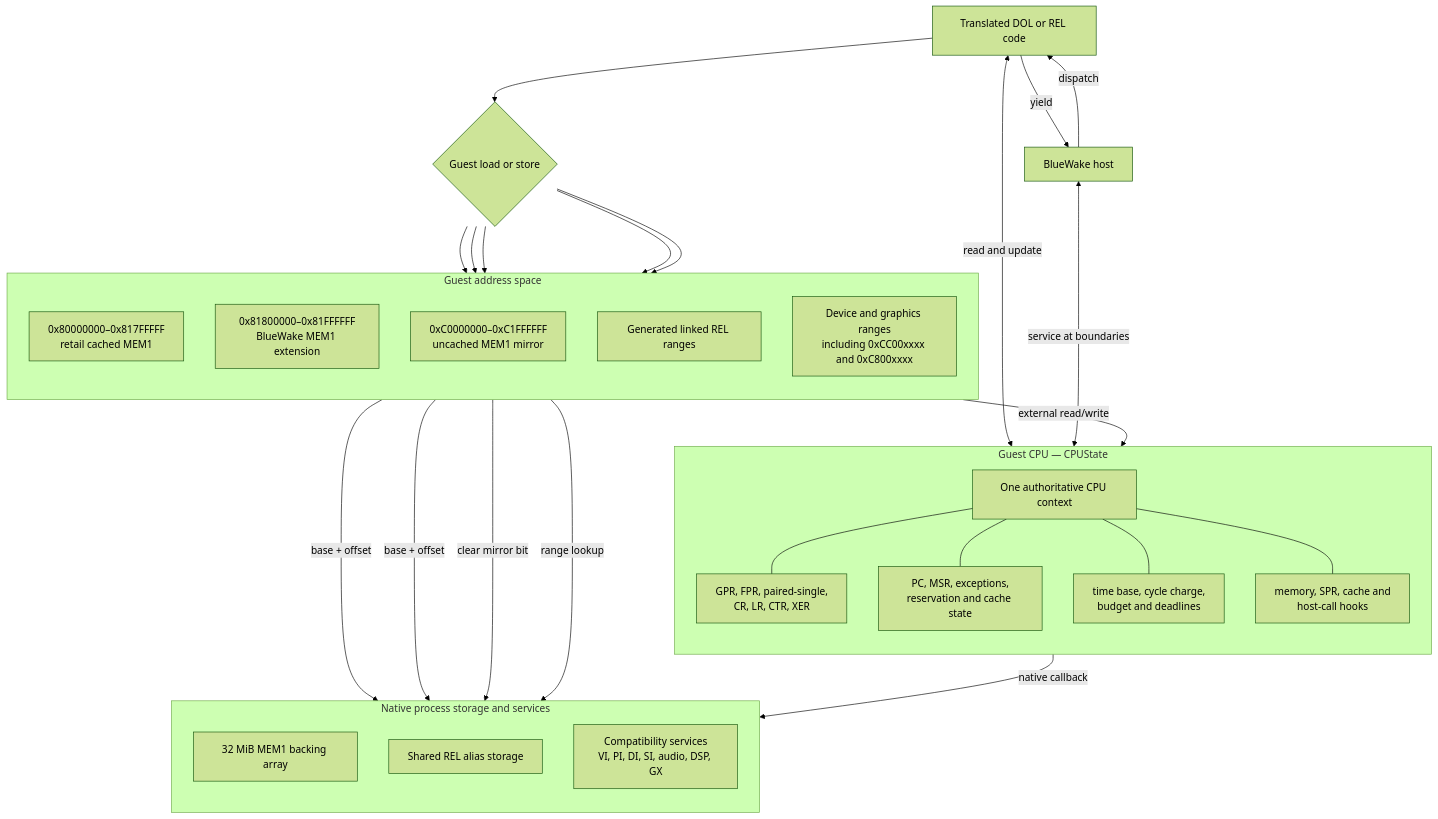
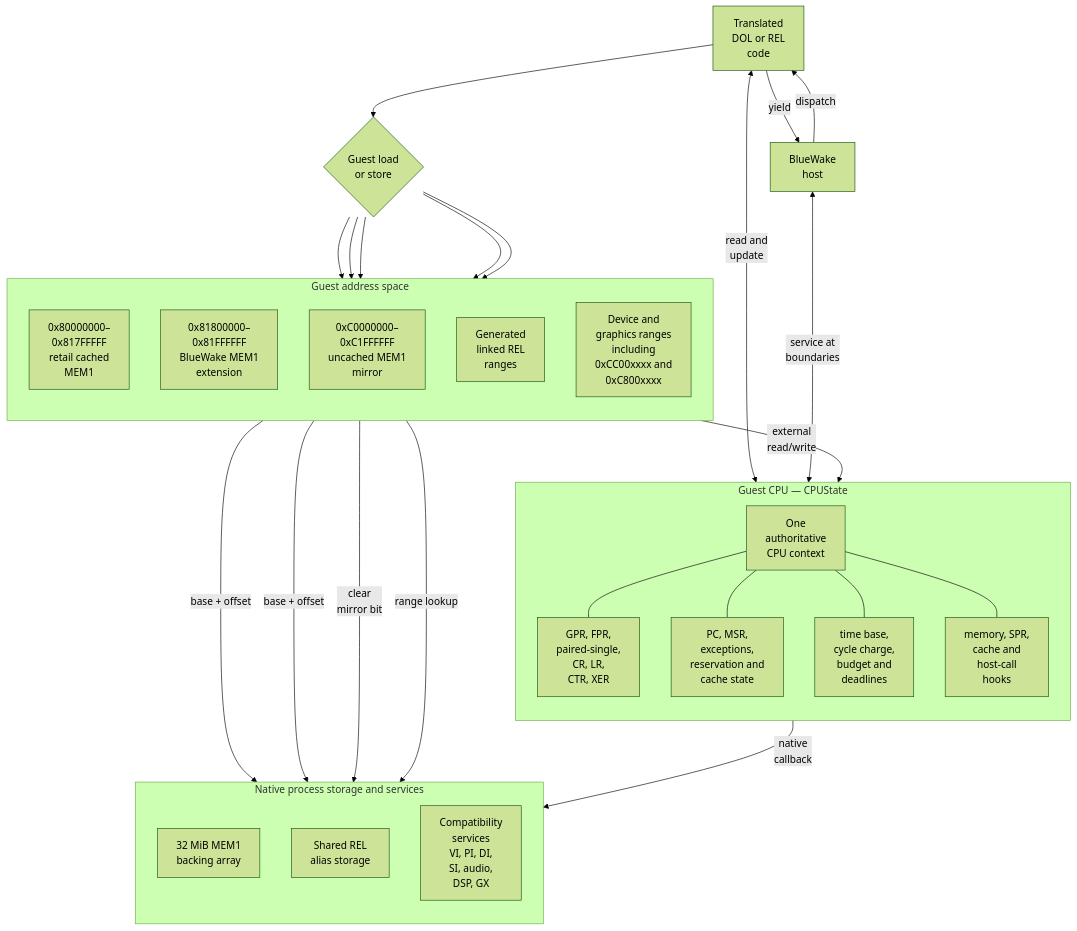
The first of 5 diagrams in docs/architecture/runtime/GuestState.md (Aelbannan/boat_of_daphnes), drawn with Mermaid (forest theme) before and after one commit. The commit also changed other lines of this file, not shown here.

Commit message:
docs: wrap all guest-state diagram labels

````diff
--- a/docs/architecture/runtime/GuestState.md
+++ b/docs/architecture/runtime/GuestState.md
@@ -38,43 +38,84 @@
 ```mermaid
 flowchart TD
-    Code["Translated DOL or REL code"]
-    Host["BlueWake host"]
+    Code["`Translated
+DOL or REL
+code`"]
+    Host["`BlueWake
+host`"]
 
     subgraph CPU["Guest CPU — CPUState"]
         direction TB
-        State["One authoritative CPU context"]
-        Registers["`GPR, FPR, paired-single,<br/>CR, LR, CTR, XER`"]
-        Control["`PC, MSR, exceptions,<br/>reservation and cache state`"]
-        Time["`time base, cycle charge,<br/>budget and deadlines`"]
-        Hooks["`memory, SPR, cache and<br/>host-call hooks`"]
+        State["`One
+authoritative
+CPU context`"]
+        Registers["`GPR, FPR,
+paired-single,
+CR, LR,
+CTR, XER`"]
+        Control["`PC, MSR,
+exceptions,
+reservation and
+cache state`"]
+        Time["`time base,
+cycle charge,
+budget and
+deadlines`"]
+        Hooks["`memory, SPR,
+cache and
+host-call
+hooks`"]
         State --- Registers
         State --- Control
         State --- Time
         State --- Hooks
     end
 
-    Access{"Guest load or store"}
+    Access{"`Guest load
+or store`"}
 
     subgraph Space["Guest address space"]
         direction TB
-        Retail["`0x80000000–0x817FFFFF<br/>retail cached MEM1`"]
-        Extended["`0x81800000–0x81FFFFFF<br/>BlueWake MEM1 extension`"]
-        Mirror["`0xC0000000–0xC1FFFFFF<br/>uncached MEM1 mirror`"]
-        REL["Generated linked REL ranges"]
-        MMIO["`Device and graphics ranges<br/>including 0xCC00xxxx and 0xC800xxxx`"]
+        Retail["`0x80000000–
+0x817FFFFF
+retail cached
+MEM1`"]
+        Extended["`0x81800000–
+0x81FFFFFF
+BlueWake MEM1
+extension`"]
+        Mirror["`0xC0000000–
+0xC1FFFFFF
+uncached MEM1
+mirror`"]
+        REL["`Generated
+linked REL
+ranges`"]
+        MMIO["`Device and
+graphics ranges
+including
+0xCC00xxxx and
+0xC800xxxx`"]
     end
 
     subgraph Native["Native process storage and services"]
         direction TB
-        RAM["32 MiB MEM1 backing array"]
-        Alias["Shared REL alias storage"]
-        Devices["Compatibility services<br/>VI, PI, DI, SI, audio, DSP, GX"]
+        RAM["`32 MiB MEM1
+backing array`"]
+        Alias["`Shared REL
+alias storage`"]
+        Devices["`Compatibility
+services
+VI, PI, DI,
+SI, audio,
+DSP, GX`"]
     end
 
     Host -->|"dispatch"| Code
     Code -->|"yield"| Host
-    Code <-->|"read and update"| State
-    Host <-->|"service at boundaries"| State
+    Code <-->|"`read and
+update`"| State
+    Host <-->|"`service at
+boundaries`"| State
     Code --> Access
     Access --> Retail
     Access --> Extended
@@ -83,8 +124,11 @@
     Access --> MMIO
     Retail -->|"base + offset"| RAM
     Extended -->|"base + offset"| RAM
-    Mirror -->|"clear mirror bit"| RAM
+    Mirror -->|"`clear
+mirror bit`"| RAM
     REL -->|"range lookup"| Alias
-    MMIO -->|"external read/write"| Hooks
-    Hooks -->|"native callback"| Devices
+    MMIO -->|"`external
+read/write`"| Hooks
+    Hooks -->|"`native
+callback`"| Devices
 ```
````
